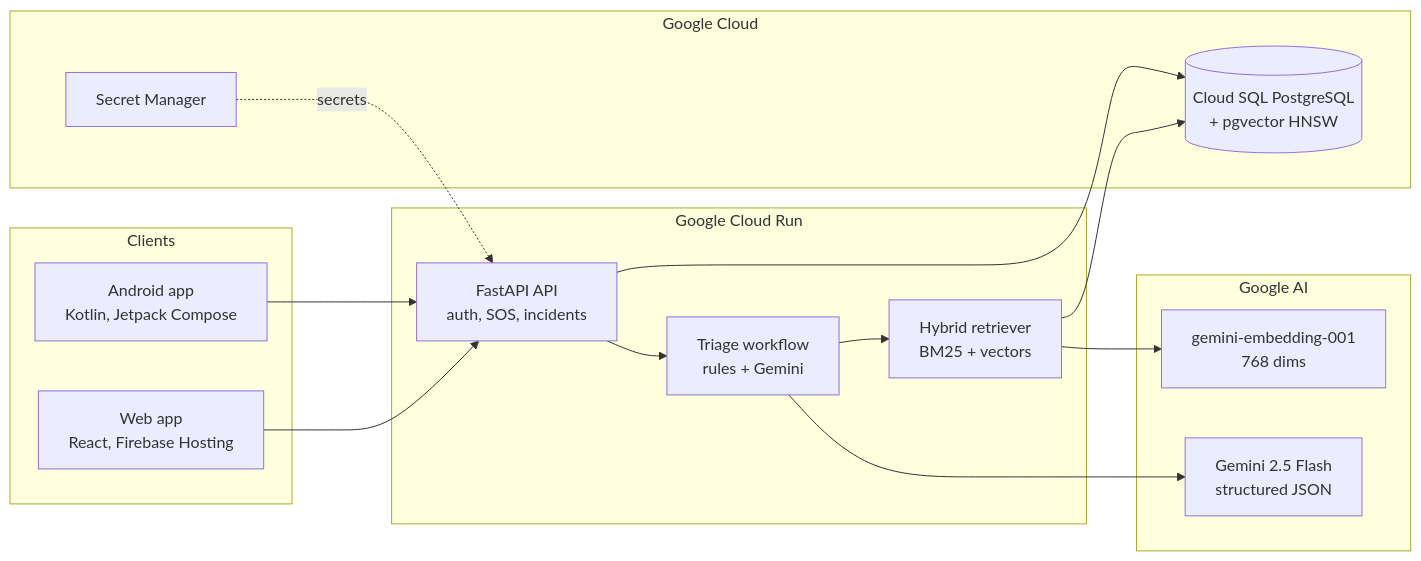
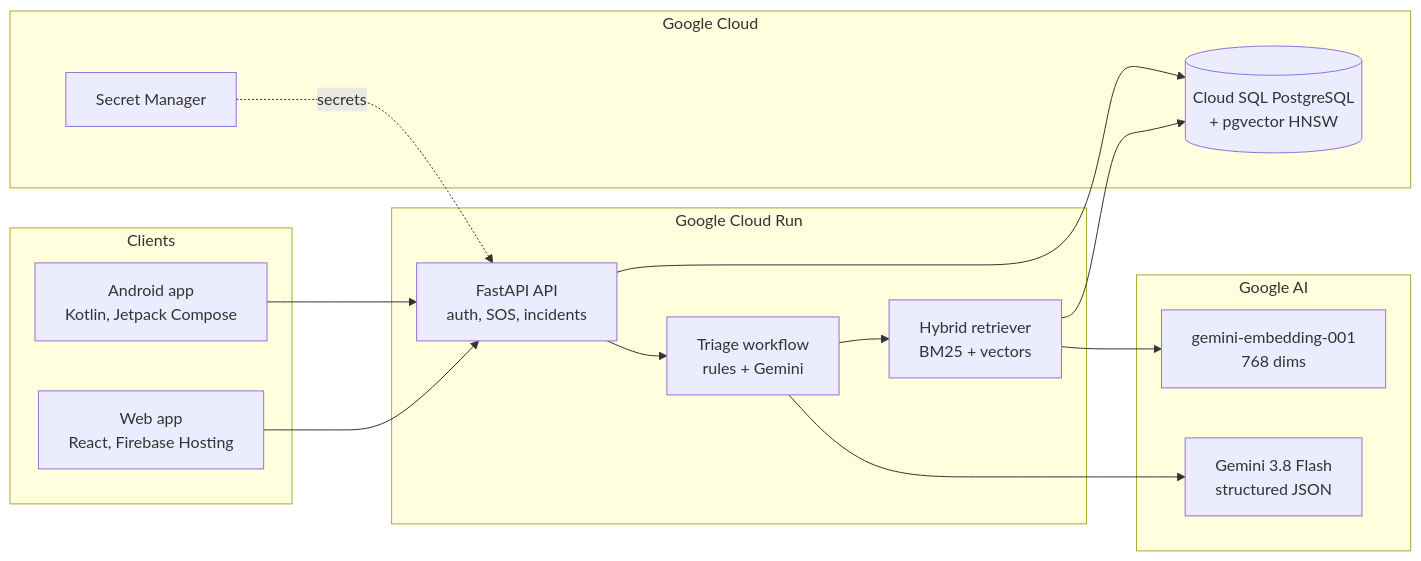
Before and after one commit to YagnikSharma/Task_Force_141_Google_Startup_Buildathon_India_2026: the diagram in README.md, drawn with Mermaid. The commit also changed other lines of this file and 23 other files, not shown here.

````diff
--- a/README.md
+++ b/README.md
@@ -37,25 +51,25 @@
 ```mermaid
 flowchart LR
   subgraph Clients
     A[Android app<br/>Kotlin, Jetpack Compose]
     W[Web app<br/>React, Firebase Hosting]
   end
   subgraph CR[Google Cloud Run]
     API[FastAPI API<br/>auth, SOS, incidents]
     T[Triage workflow<br/>rules + Gemini]
     R[Hybrid retriever<br/>BM25 + vectors]
   end
   subgraph AI[Google AI]
-    G[Gemini 2.5 Flash<br/>structured JSON]
+    G[Gemini 3.8 Flash<br/>structured JSON]
     E[gemini-embedding-001<br/>768 dims]
   end
   subgraph Data[Google Cloud]
     SQL[(Cloud SQL PostgreSQL<br/>+ pgvector HNSW)]
     SM[Secret Manager]
   end
   A & W --> API --> T --> G
   T --> R --> E
   R --> SQL
   API --> SQL
   SM -. secrets .-> API
 ```
````
